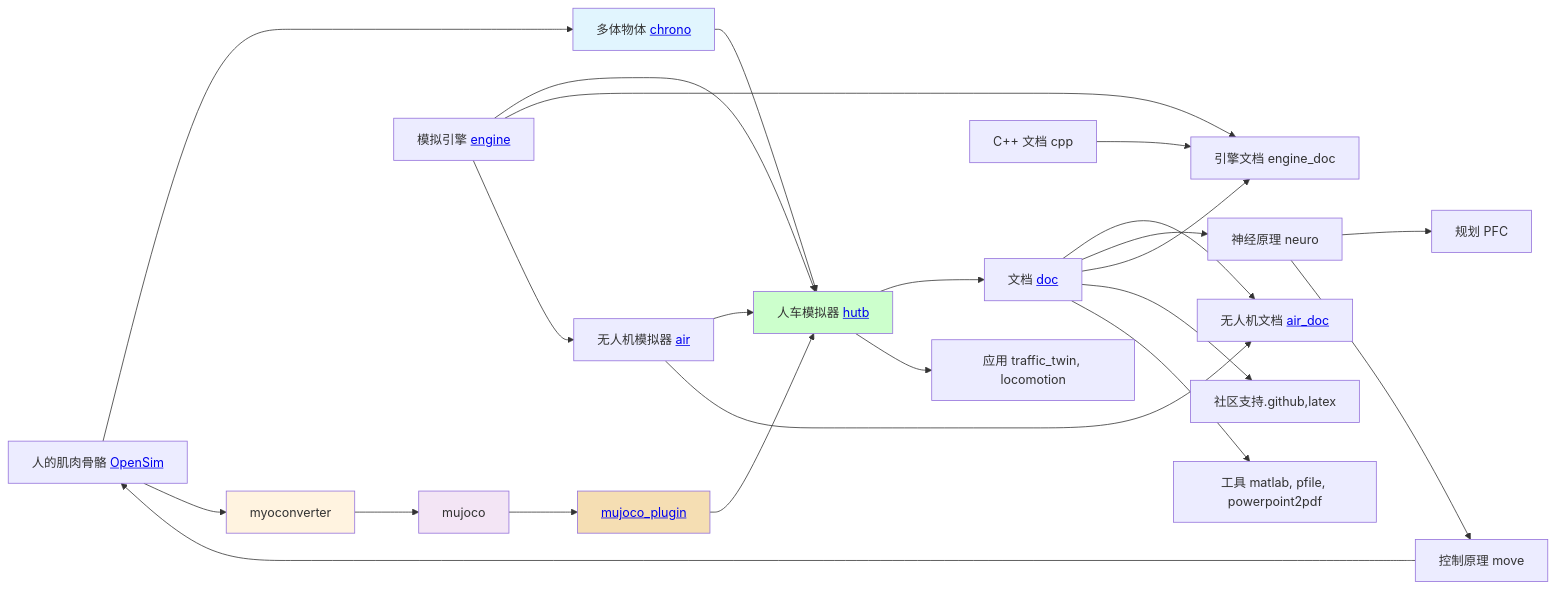
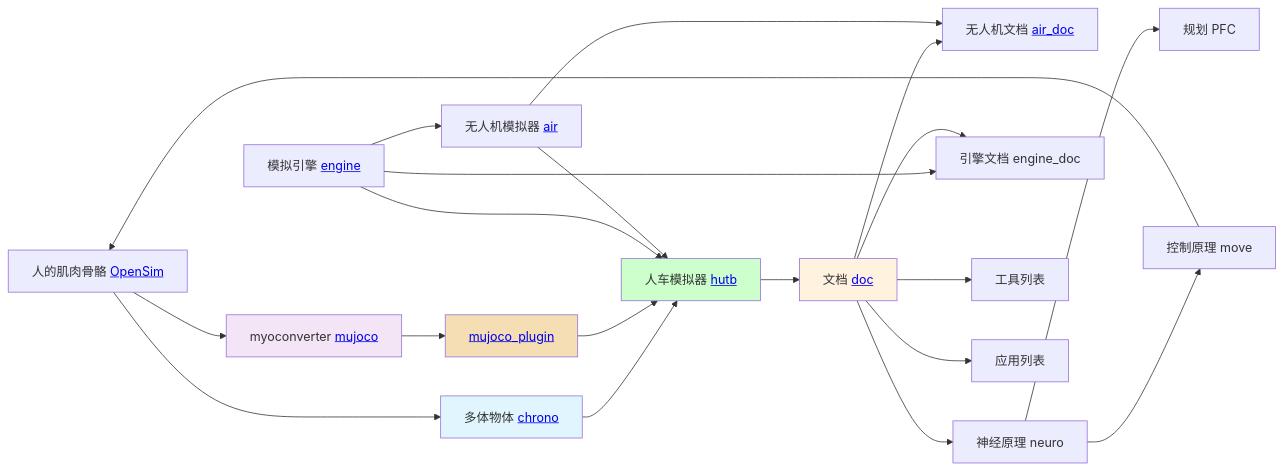
One commit to OpenHUTB/.github changed the first of 3 diagrams in README.md. Above: the diagram before and after it, drawn with Mermaid. The commit also changed other lines of this file, not shown here.

````diff
--- a/README.md
+++ b/README.md
@@ -22,31 +22,28 @@
 ```mermaid
 graph LR
     A[人的肌肉骨骼 <a href='https://github.com/OpenHUTB/opensim-core'>OpenSim</a>] --> B[多体物体 <a href='https://github.com/OpenHUTB/chrono'>chrono</a>]
     B --> C[人车模拟器 <a href='https://github.com/OpenHUTB'>hutb</a>]
-    A --> D[myoconverter]
-    D --> E[mujoco]
+    A --> E[myoconverter <a href='https://github.com/OpenHUTB/mujoco_plugin'>mujoco</a>]
     E --> F[<a href='https://github.com/OpenHUTB/mujoco_plugin'>mujoco_plugin</a>]
     F --> C
-    C --> G[文档 <a href='https://github.com/OpenHUTB'>doc</a>]
-    G --> H[无人机文档 <a href='https://github.com/OpenHUTB'>air_doc</a>]
-    G --> I[神经原理 neuro]
+    C --> D[文档 <a href='https://github.com/OpenHUTB'>doc</a>]
+    D --> H[无人机文档 <a href='https://github.com/OpenHUTB'>air_doc</a>]
+    D --> I[神经原理 neuro]
     I --> J[规划 PFC]
     I --> K[控制原理 move]
     K --> A
     L[模拟引擎 <a href='https://github.com/OpenHUTB/engine'>engine</a>] --> C
     L --> M[引擎文档 engine_doc]
-    G --> M
+    D --> M
     L --> N[无人机模拟器 <a href='https://github.com/OpenHUTB/air'>air</a>]
     N --> C
     N --> H
-    G --> O[社区支持.github,latex]
-    G --> Q[工具 matlab, pfile, powerpoint2pdf]
-    P[C++ 文档 cpp] --> M
-    C --> R[应用 traffic_twin, locomotion]
+    D --> Q[工具列表]
+    D --> R[应用列表]
 
     style B fill:#e1f5fe
     style C fill:#ccffcc
     style D fill:#fff3e0
     style E fill:#f3e5f5
     style F fill:#F5DEB3
 ```
````
